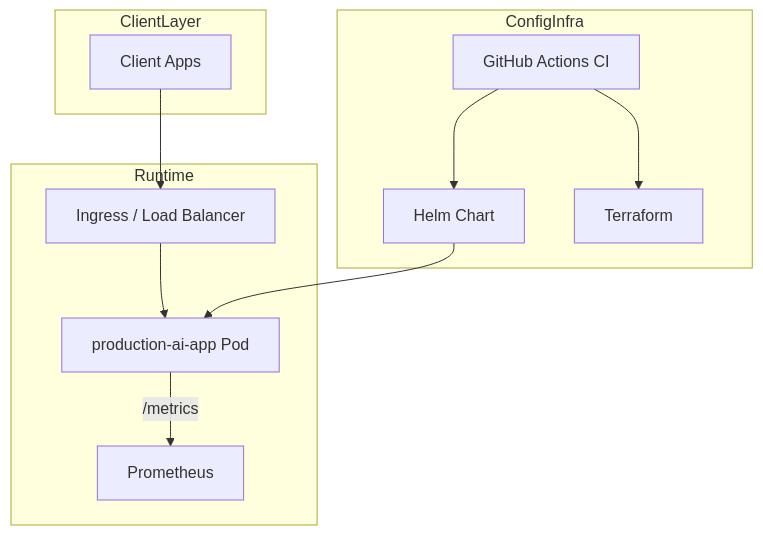
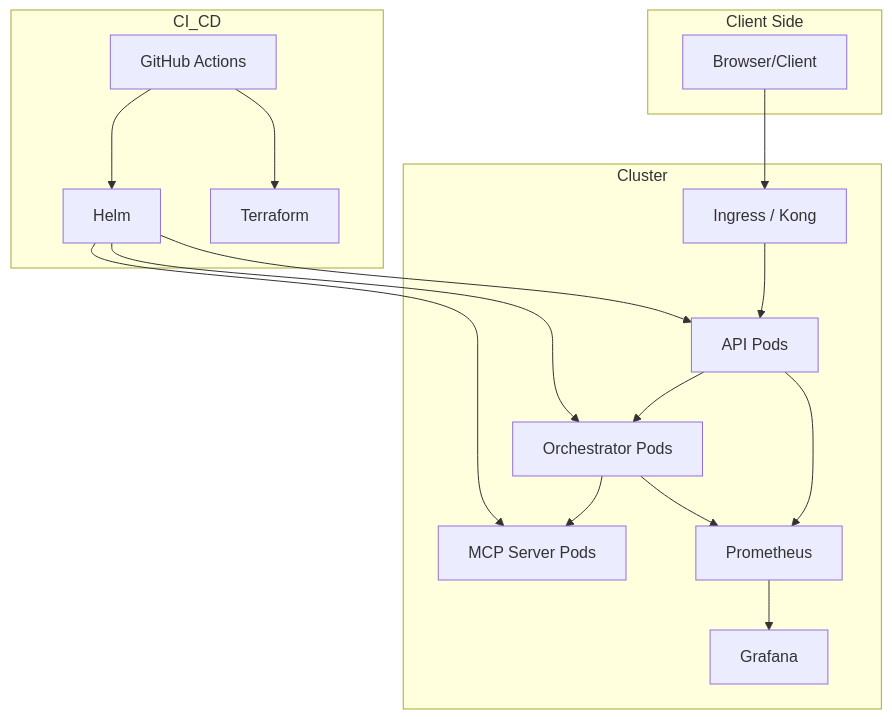
The fourth of 5 diagrams in docs/uml-artifacts.md (GreecyInfotech/SingleAgent), drawn with Mermaid before and after one commit. The commit also changed other lines of this file and 20 other files, not shown here.

First line of the commit message:
Optimize MCP architecture, caching, and test reliability.

````diff
--- a/docs/uml-artifacts.md
+++ b/docs/uml-artifacts.md
@@ -71,24 +107,33 @@
 ```mermaid
 flowchart TB
-    subgraph ClientLayer
-        U[Client Apps]
+    subgraph Client Side
+      C1[Browser/Client]
     end
 
-    subgraph Runtime
-        LB[Ingress / Load Balancer]
-        POD[production-ai-app Pod]
-        MET[Prometheus]
+    subgraph Cluster
+      Ingress[Ingress / Kong]
+      PodAPI[API Pods]
+      PodOrch[Orchestrator Pods]
+      PodMCP[MCP Server Pods]
+      Prom[Prometheus]
+      Graf[Grafana]
     end
 
-    subgraph ConfigInfra
-        HELM[Helm Chart]
-        TF[Terraform]
-        CI[GitHub Actions CI]
+    subgraph CI_CD
+      GH[GitHub Actions]
+      Helm[Helm]
+      TF[Terraform]
     end
 
-    U --> LB --> POD
-    POD -->|/metrics| MET
-    CI --> HELM
-    CI --> TF
-    HELM --> POD
+    C1 --> Ingress --> PodAPI
+    PodAPI --> PodOrch
+    PodOrch --> PodMCP
+    PodAPI --> Prom
+    PodOrch --> Prom
+    Prom --> Graf
+    GH --> Helm
+    GH --> TF
+    Helm --> PodAPI
+    Helm --> PodOrch
+    Helm --> PodMCP
 ```
````
